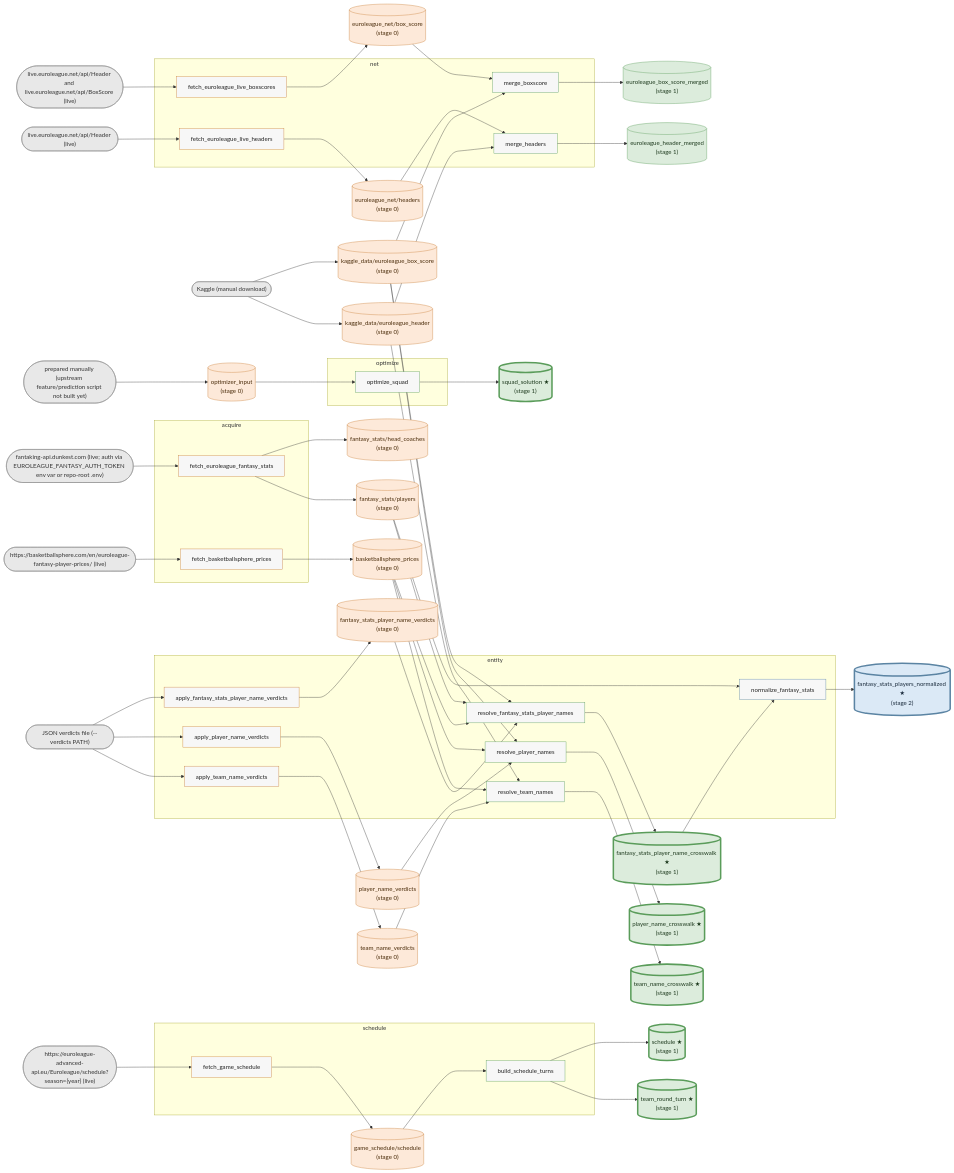
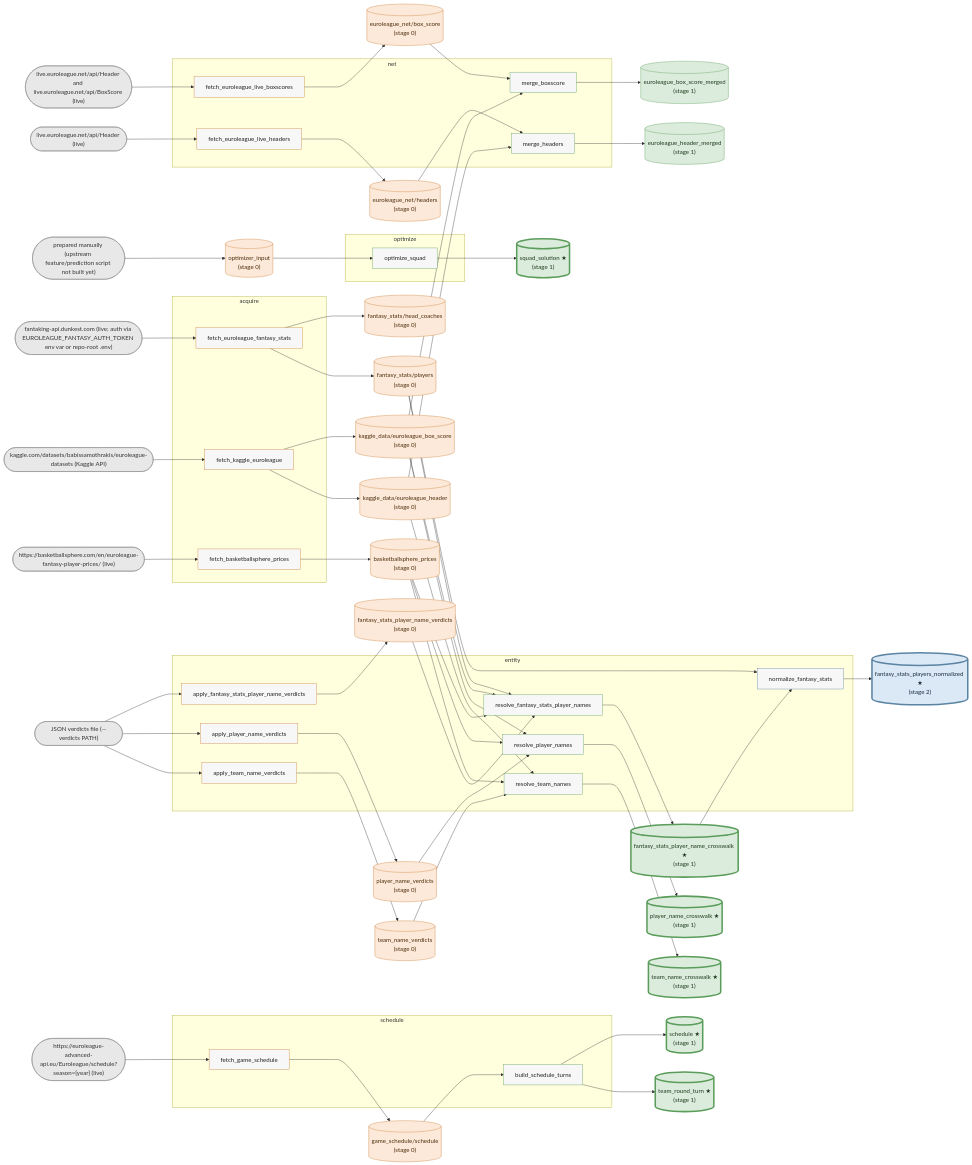
Before and after one commit to Takfes/indie-euroleague: the diagram in docs/data-graph.md, drawn with Mermaid. The commit also changed 10 other files, not shown here.

First line of the commit message:
feat(fetchers): fetch Kaggle history in Python, keep box score + header only

```diff
--- a/docs/data-graph.md
+++ b/docs/data-graph.md
@@ -8,10 +8,10 @@
 flowchart LR
     %% external sources
     x_JSON_verdicts_file____verdicts_PATH_(["JSON verdicts file (--verdicts PATH)"])
-    x_Kaggle__manual_download_(["Kaggle (manual download)"])
     x_fantaking_api_dunkest_com__live__auth_via_EUROLEAGUE_FANTASY_AUTH_TOKEN_env_var_or_repo_root__env_(["fantaking-api.dunkest.com (live; auth via EUROLEAGUE_FANTASY_AUTH_TOKEN env var or repo-root .env)"])
     x_https___basketballsphere_com_en_euroleague_fantasy_player_prices___live_(["https://basketballsphere.com/en/euroleague-fantasy-player-prices/ (live)"])
     x_https___euroleague_advanced_api_eu_Euroleague_schedule_season__year___live_(["https://euroleague-advanced-api.eu/Euroleague/schedule?season={year} (live)"])
+    x_kaggle_com_datasets_babissamothrakis_euroleague_datasets__Kaggle_API_(["kaggle.com/datasets/babissamothrakis/euroleague-datasets (Kaggle API)"])
     x_live_euroleague_net_api_Header__live_(["live.euroleague.net/api/Header (live)"])
     x_live_euroleague_net_api_Header_and_live_euroleague_net_api_BoxScore__live_(["live.euroleague.net/api/Header and live.euroleague.net/api/BoxScore (live)"])
     x_prepared_manually__upstream_feature_prediction_script_not_built_yet_(["prepared manually (upstream feature/prediction script not built yet)"])
@@ -20,6 +20,7 @@
     subgraph p_acquire["acquire"]
         s_fetch_basketballsphere_prices["fetch_basketballsphere_prices"]
         s_fetch_euroleague_fantasy_stats["fetch_euroleague_fantasy_stats"]
+        s_fetch_kaggle_euroleague["fetch_kaggle_euroleague"]
     end
     subgraph p_entity["entity"]
         s_apply_fantasy_stats_player_name_verdicts["apply_fantasy_stats_player_name_verdicts"]
@@ -97,6 +98,8 @@
     s_fetch_euroleague_live_boxscores --> d_euroleague_net_box_score
     s_fetch_euroleague_live_headers --> d_euroleague_net_headers
     s_fetch_game_schedule --> d_game_schedule_schedule
+    s_fetch_kaggle_euroleague --> d_kaggle_data_euroleague_box_score
+    s_fetch_kaggle_euroleague --> d_kaggle_data_euroleague_header
     s_merge_boxscore --> d_euroleague_box_score_merged
     s_merge_headers --> d_euroleague_header_merged
     s_normalize_fantasy_stats --> d_fantasy_stats_players_normalized
@@ -107,11 +110,10 @@
     x_JSON_verdicts_file____verdicts_PATH_ --> s_apply_fantasy_stats_player_name_verdicts
     x_JSON_verdicts_file____verdicts_PATH_ --> s_apply_player_name_verdicts
     x_JSON_verdicts_file____verdicts_PATH_ --> s_apply_team_name_verdicts
-    x_Kaggle__manual_download_ --> d_kaggle_data_euroleague_box_score
-    x_Kaggle__manual_download_ --> d_kaggle_data_euroleague_header
     x_fantaking_api_dunkest_com__live__auth_via_EUROLEAGUE_FANTASY_AUTH_TOKEN_env_var_or_repo_root__env_ --> s_fetch_euroleague_fantasy_stats
     x_https___basketballsphere_com_en_euroleague_fantasy_player_prices___live_ --> s_fetch_basketballsphere_prices
     x_https___euroleague_advanced_api_eu_Euroleague_schedule_season__year___live_ --> s_fetch_game_schedule
+    x_kaggle_com_datasets_babissamothrakis_euroleague_datasets__Kaggle_API_ --> s_fetch_kaggle_euroleague
     x_live_euroleague_net_api_Header__live_ --> s_fetch_euroleague_live_headers
     x_live_euroleague_net_api_Header_and_live_euroleague_net_api_BoxScore__live_ --> s_fetch_euroleague_live_boxscores
     x_prepared_manually__upstream_feature_prediction_script_not_built_yet_ --> d_optimizer_input
@@ -125,10 +127,10 @@
     classDef stage1 fill:#dcecdc,stroke:#5a9c5a,color:#1e3a1e
     classDef stage1_final fill:#dcecdc,stroke:#5a9c5a,color:#1e3a1e,stroke-width:4px
     classDef stage2_final fill:#dbe9f6,stroke:#5b84a3,color:#1a2b3c,stroke-width:4px
-    class s_apply_fantasy_stats_player_name_verdicts,s_apply_player_name_verdicts,s_apply_team_name_verdicts,s_fetch_basketballsphere_prices,s_fetch_euroleague_fantasy_stats,s_fetch_euroleague_live_boxscores,s_fetch_euroleague_live_headers,s_fetch_game_schedule script_stage0
+    class s_apply_fantasy_stats_player_name_verdicts,s_apply_player_name_verdicts,s_apply_team_name_verdicts,s_fetch_basketballsphere_prices,s_fetch_euroleague_fantasy_stats,s_fetch_euroleague_live_boxscores,s_fetch_euroleague_live_headers,s_fetch_game_schedule,s_fetch_kaggle_euroleague script_stage0
     class s_build_schedule_turns,s_merge_boxscore,s_merge_headers,s_optimize_squad,s_resolve_fantasy_stats_player_names,s_resolve_player_names,s_resolve_team_names script_stage1
     class s_normalize_fantasy_stats script_stage2
-    class x_JSON_verdicts_file____verdicts_PATH_,x_Kaggle__manual_download_,x_fantaking_api_dunkest_com__live__auth_via_EUROLEAGUE_FANTASY_AUTH_TOKEN_env_var_or_repo_root__env_,x_https___basketballsphere_com_en_euroleague_fantasy_player_prices___live_,x_https___euroleague_advanced_api_eu_Euroleague_schedule_season__year___live_,x_live_euroleague_net_api_Header__live_,x_live_euroleague_net_api_Header_and_live_euroleague_net_api_BoxScore__live_,x_prepared_manually__upstream_feature_prediction_script_not_built_yet_ source
+    class x_JSON_verdicts_file____verdicts_PATH_,x_fantaking_api_dunkest_com__live__auth_via_EUROLEAGUE_FANTASY_AUTH_TOKEN_env_var_or_repo_root__env_,x_https___basketballsphere_com_en_euroleague_fantasy_player_prices___live_,x_https___euroleague_advanced_api_eu_Euroleague_schedule_season__year___live_,x_kaggle_com_datasets_babissamothrakis_euroleague_datasets__Kaggle_API_,x_live_euroleague_net_api_Header__live_,x_live_euroleague_net_api_Header_and_live_euroleague_net_api_BoxScore__live_,x_prepared_manually__upstream_feature_prediction_script_not_built_yet_ source
     class d_basketballsphere_prices,d_euroleague_net_box_score,d_euroleague_net_headers,d_fantasy_stats_head_coaches,d_fantasy_stats_player_name_verdicts,d_fantasy_stats_players,d_game_schedule_schedule,d_kaggle_data_euroleague_box_score,d_kaggle_data_euroleague_header,d_optimizer_input,d_player_name_verdicts,d_team_name_verdicts stage0
     class d_euroleague_box_score_merged,d_euroleague_header_merged stage1
     class d_fantasy_stats_player_name_crosswalk,d_player_name_crosswalk,d_schedule,d_squad_solution,d_team_name_crosswalk,d_team_round_turn stage1_final
```
